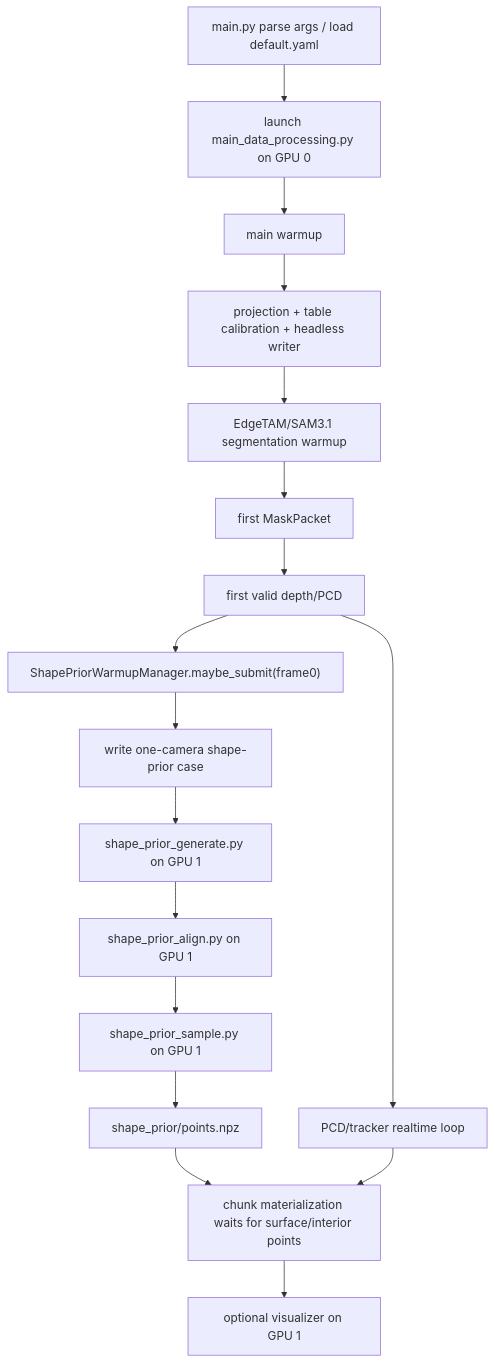
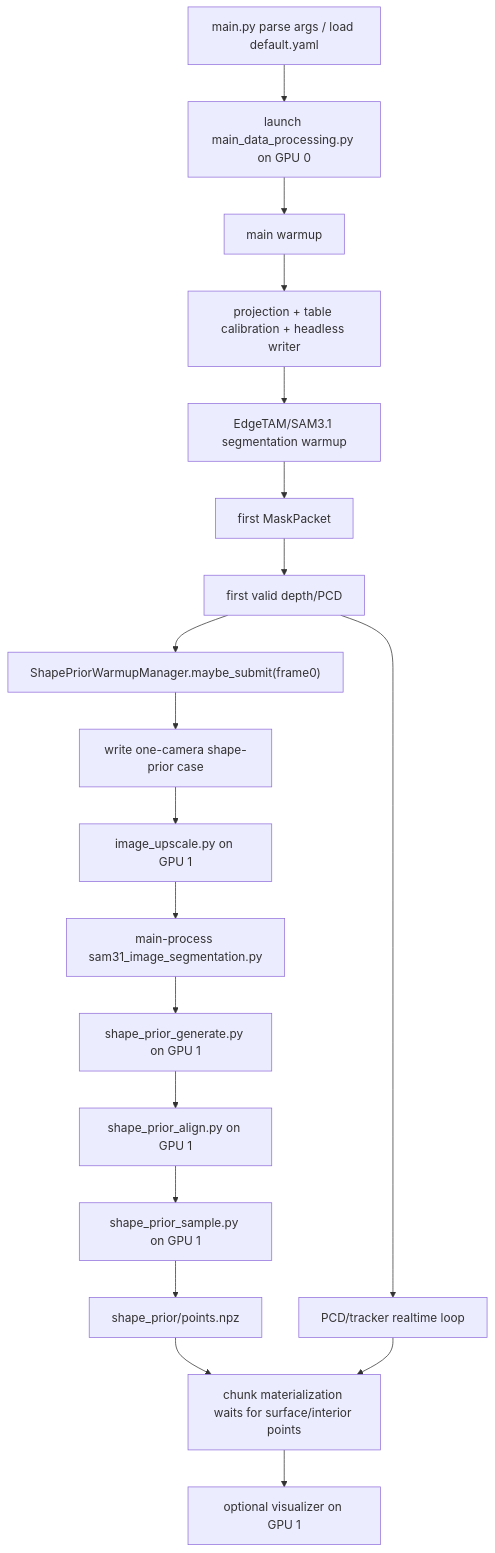
The diagram in demo_v5_1/pipeline.md (BaochaiXue/proj-QQTT-v2), drawn with Mermaid before and after one commit. The commit also changed other lines of this file and 19 other files, not shown here.

Commit message:
Update demo v5.1 shape prior origin flow

````diff
--- a/demo_v5_1/pipeline.md
+++ b/demo_v5_1/pipeline.md
@@ -30,19 +30,21 @@
 ```mermaid
 flowchart TD
     A["main.py parse args / load default.yaml"] --> B["launch main_data_processing.py on GPU 0"]
     B --> C["main warmup"]
     C --> D["projection + table calibration + headless writer"]
     D --> E["EdgeTAM/SAM3.1 segmentation warmup"]
     E --> F["first MaskPacket"]
     F --> G["first valid depth/PCD"]
     G --> H["ShapePriorWarmupManager.maybe_submit(frame0)"]
     H --> I["write one-camera shape-prior case"]
-    I --> J["shape_prior_generate.py on GPU 1"]
-    J --> K["shape_prior_align.py on GPU 1"]
-    K --> L["shape_prior_sample.py on GPU 1"]
-    L --> M["shape_prior/points.npz"]
-    G --> N["PCD/tracker realtime loop"]
-    M --> O["chunk materialization waits for surface/interior points"]
-    N --> O
-    O --> P["optional visualizer on GPU 1"]
+    I --> J["image_upscale.py on GPU 1"]
+    J --> K["main-process sam31_image_segmentation.py"]
+    K --> L["shape_prior_generate.py on GPU 1"]
+    L --> M["shape_prior_align.py on GPU 1"]
+    M --> N["shape_prior_sample.py on GPU 1"]
+    N --> O["shape_prior/points.npz"]
+    G --> P["PCD/tracker realtime loop"]
+    O --> Q["chunk materialization waits for surface/interior points"]
+    P --> Q
+    Q --> R["optional visualizer on GPU 1"]
 ```
````
